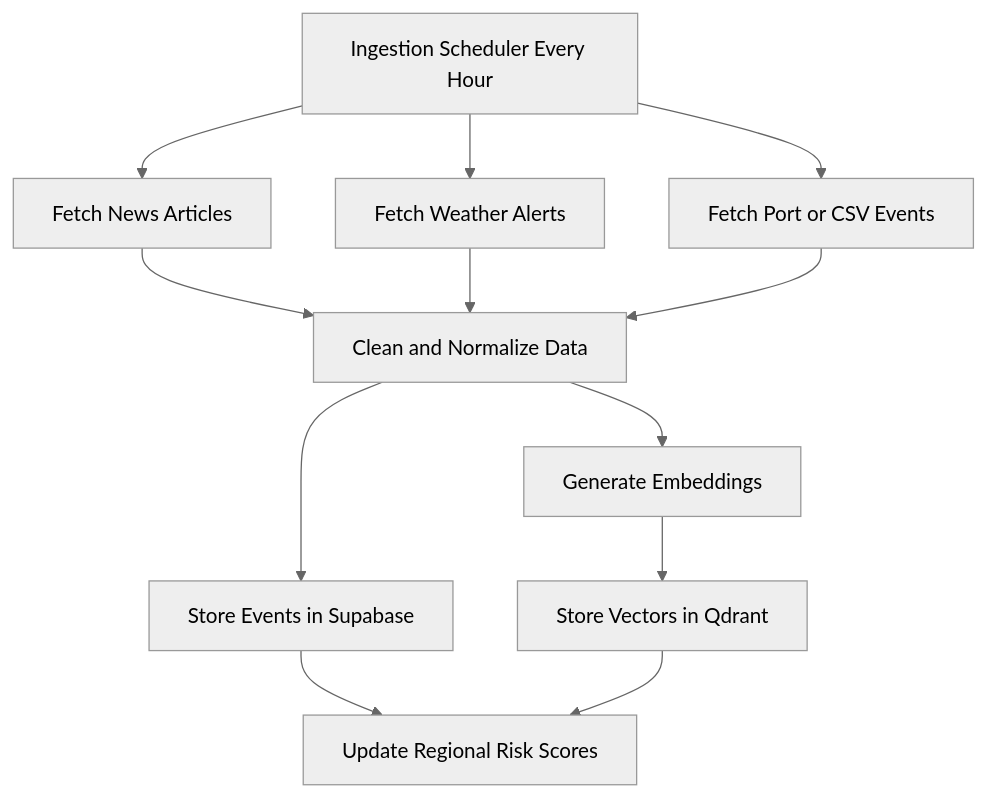
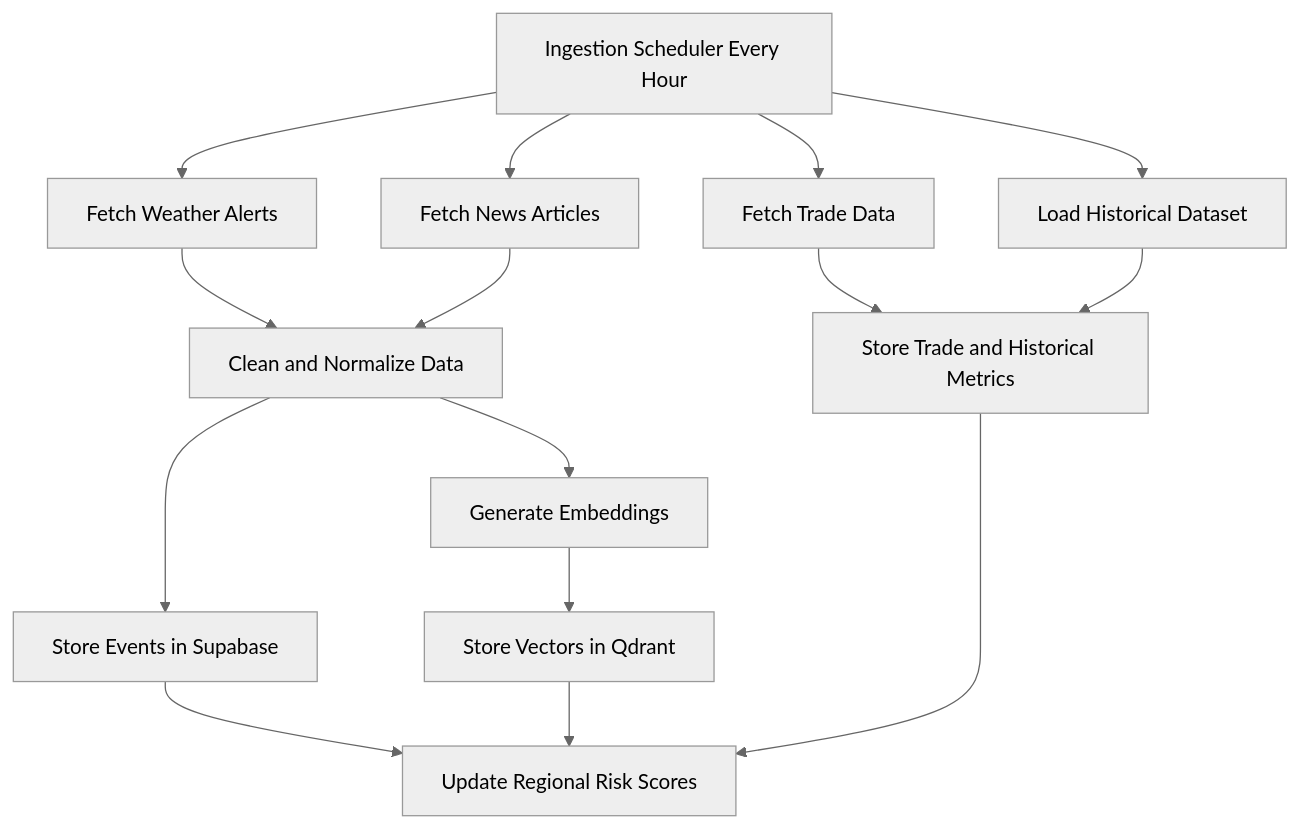
The second of 9 diagrams in docs/architecture.md (shima-maleki/SupplyChainOracle), drawn with Mermaid (neutral theme) before and after one commit. The commit also changed other lines of this file and 2 other files, not shown here.

Commit message:
adding updated data sources

````diff
--- a/docs/architecture.md
+++ b/docs/architecture.md
@@ -127,24 +127,29 @@
 ```mermaid
 flowchart TD
     Scheduler[Ingestion Scheduler Every Hour]
+    FetchWeather[Fetch Weather Alerts]
     FetchNews[Fetch News Articles]
-    FetchWeather[Fetch Weather Alerts]
-    FetchPorts[Fetch Port or CSV Events]
+    FetchTrade[Fetch Trade Data]
+    LoadHistorical[Load Historical Dataset]
     Normalize[Clean and Normalize Data]
     StoreEvents[Store Events in Supabase]
+    StoreAnalytics[Store Trade and Historical Metrics]
     Embed[Generate Embeddings]
     StoreVectors[Store Vectors in Qdrant]
     Score[Update Regional Risk Scores]
 
+    Scheduler --> FetchWeather
     Scheduler --> FetchNews
-    Scheduler --> FetchWeather
-    Scheduler --> FetchPorts
+    Scheduler --> FetchTrade
+    Scheduler --> LoadHistorical
+    FetchWeather --> Normalize
     FetchNews --> Normalize
-    FetchWeather --> Normalize
-    FetchPorts --> Normalize
+    FetchTrade --> StoreAnalytics
+    LoadHistorical --> StoreAnalytics
     Normalize --> StoreEvents
     Normalize --> Embed
     Embed --> StoreVectors
     StoreEvents --> Score
+    StoreAnalytics --> Score
     StoreVectors --> Score
 ```
````
